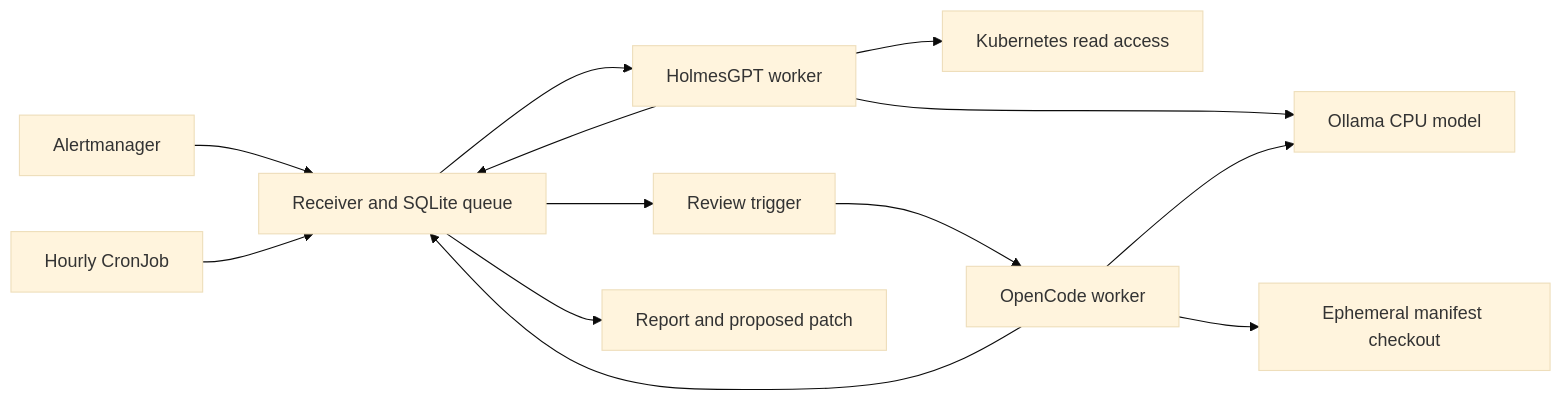
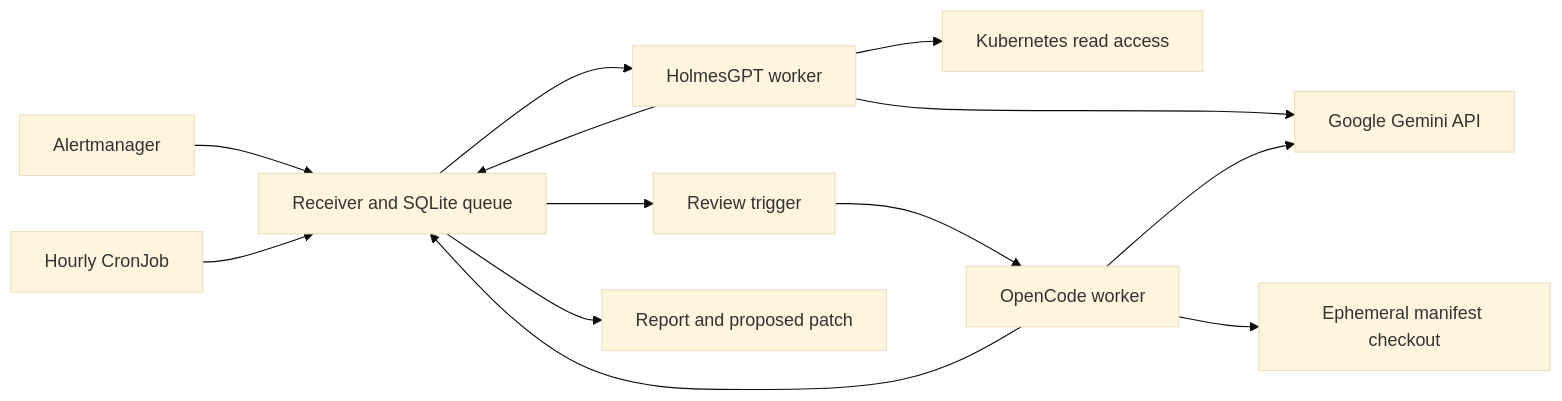
The diagram in tools/kube-agent-mvp/README.md (bibAtWork/Edge_GitOps), drawn with Mermaid (base theme) before and after one commit. The commit also changed other lines of this file and 4 other files, not shown here.

````diff
--- a/tools/kube-agent-mvp/README.md
+++ b/tools/kube-agent-mvp/README.md
@@ -9,15 +13,15 @@
 ```mermaid
 flowchart LR
   A[Alertmanager] --> Q[Receiver and SQLite queue]
   S[Hourly CronJob] --> Q
   Q --> H[HolmesGPT worker]
   H --> K[Kubernetes read access]
-  H --> L[Ollama CPU model]
+  H --> L[Google Gemini API]
   H --> Q
   Q --> R[Review trigger]
   R --> O[OpenCode worker]
   O --> L
   O --> G[Ephemeral manifest checkout]
   O --> Q
   Q --> P[Report and proposed patch]
 ```
````
